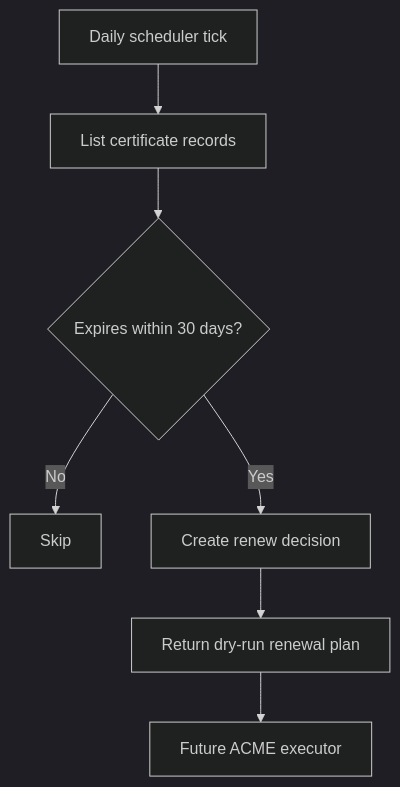
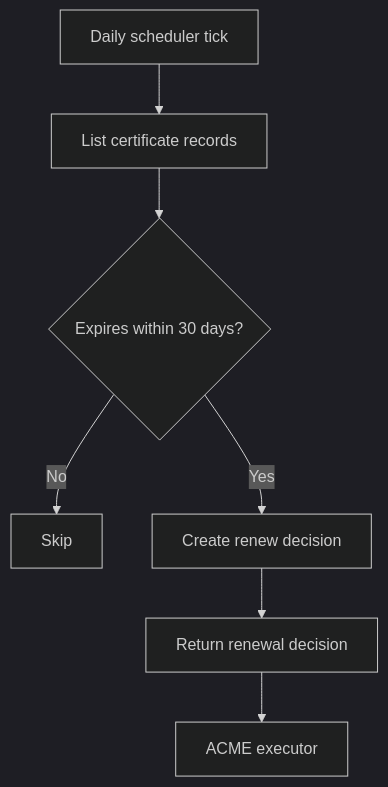
The third of 4 diagrams in server/tls/docs/tls_infrastructure.md (Somirk134/Gate), drawn with Mermaid (dark theme) before and after one commit. The commit also changed other lines of this file and 427 other files, not shown here.

````diff
--- a/server/tls/docs/tls_infrastructure.md
+++ b/server/tls/docs/tls_infrastructure.md
@@ -47,9 +47,9 @@
 ```mermaid
 flowchart TD
     A[Daily scheduler tick] --> B[List certificate records]
     B --> C{Expires within 30 days?}
     C -->|No| D[Skip]
     C -->|Yes| E[Create renew decision]
-    E --> F[Return dry-run renewal plan]
-    F --> G[Future ACME executor]
+    E --> F[Return renewal decision]
+    F --> G[ACME executor]
 ```
````
